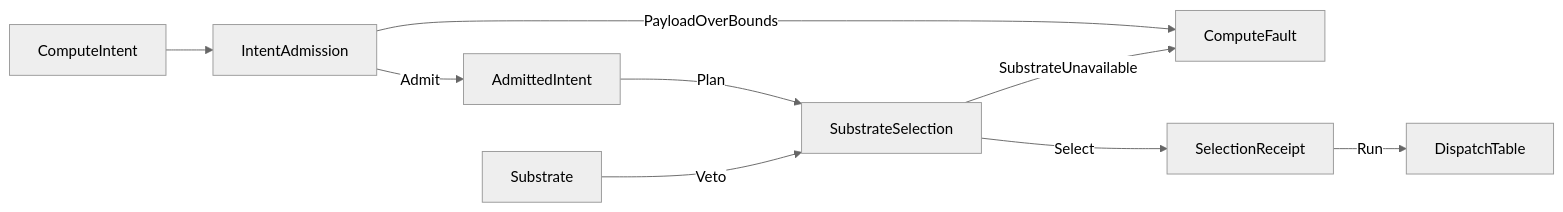
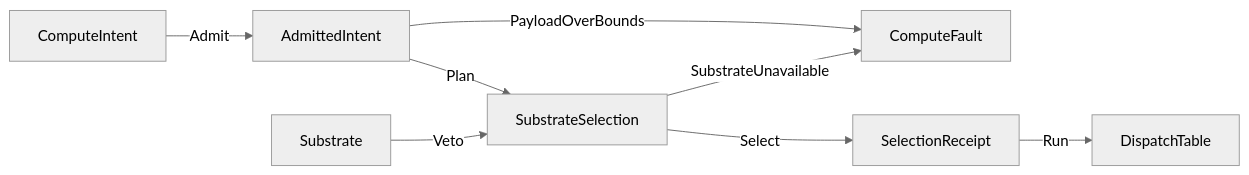
The diagram in libs/csharp/Rasm.Compute/.planning/Runtime/admission.md (bsamiee/Rasm), drawn with Mermaid (neutral theme) before and after one commit. The commit also changed other lines of this file and 185 other files, not shown here.

````diff
--- a/libs/csharp/Rasm.Compute/.planning/Runtime/admission.md
+++ b/libs/csharp/Rasm.Compute/.planning/Runtime/admission.md
@@ -280,11 +392,10 @@
 ```mermaid
 flowchart LR
-    ComputeIntent --> IntentAdmission
-    IntentAdmission -- Admit --> AdmittedIntent
-    IntentAdmission -- PayloadOverBounds --> ComputeFault
+    ComputeIntent -- Admit --> AdmittedIntent
+    AdmittedIntent -- PayloadOverBounds --> ComputeFault
     AdmittedIntent -- Plan --> SubstrateSelection
     Substrate -- Veto --> SubstrateSelection
     SubstrateSelection -- SubstrateUnavailable --> ComputeFault
     SubstrateSelection -- Select --> SelectionReceipt
     SelectionReceipt -- Run --> DispatchTable
 ```
````
